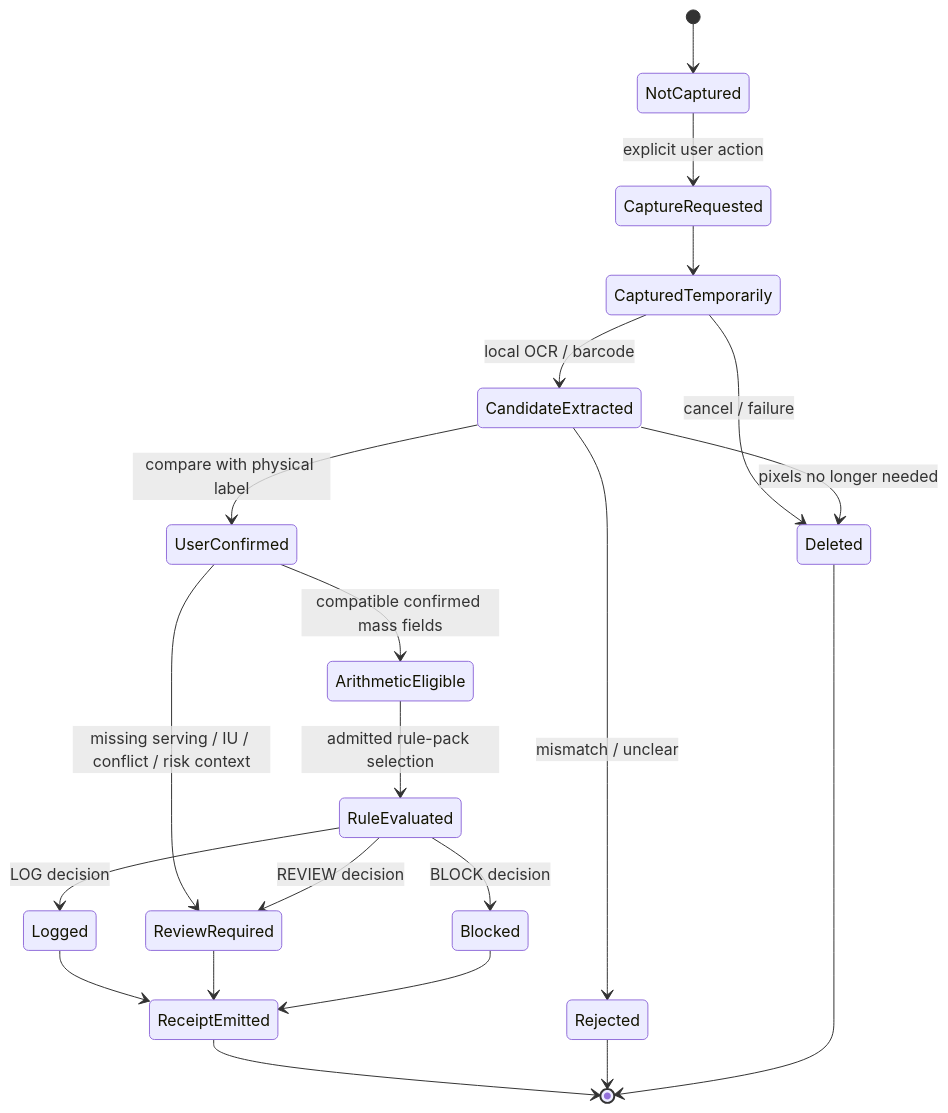
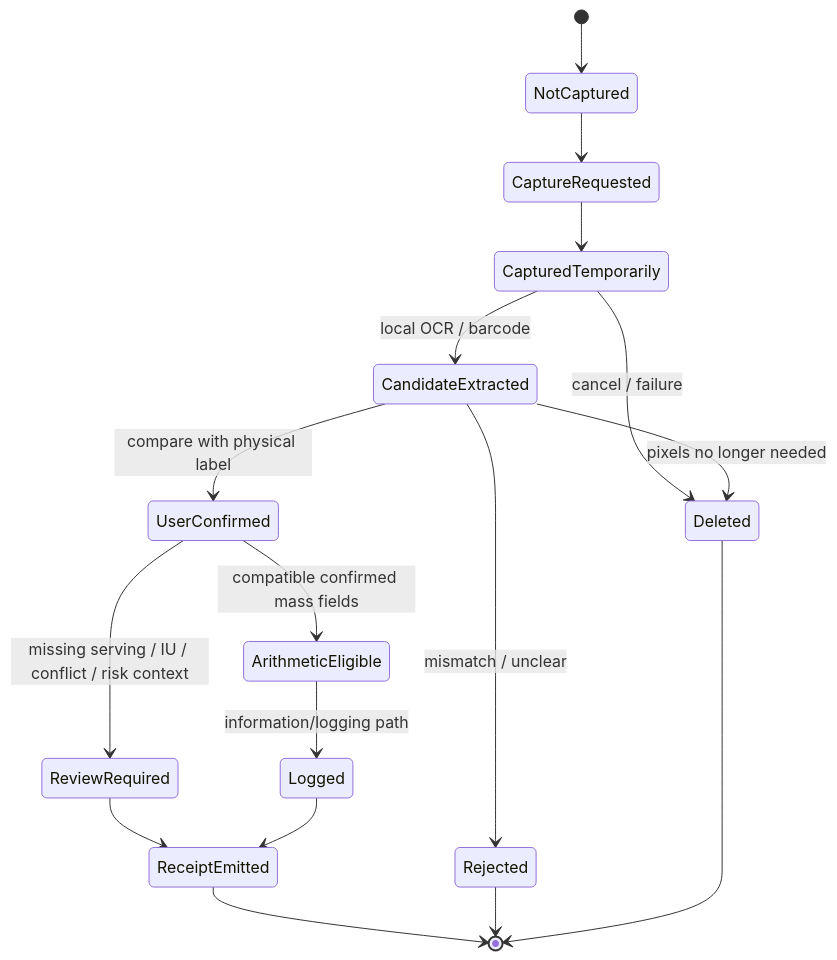
One commit to ed3c/gym-come-true changed the second of 4 diagrams in docs/architecture.md. Above: the diagram before and after it, drawn with Mermaid. The commit also changed other lines of this file, not shown here.

Commit message:
docs: reconcile architecture platform authority

````diff
--- a/docs/architecture.md
+++ b/docs/architecture.md
@@ -165,23 +133,19 @@
 ```mermaid
 stateDiagram-v2
     [*] --> NotCaptured
-    NotCaptured --> CaptureRequested: explicit user action
+    NotCaptured --> CaptureRequested
     CaptureRequested --> CapturedTemporarily
     CapturedTemporarily --> CandidateExtracted: local OCR / barcode
     CapturedTemporarily --> Deleted: cancel / failure
     CandidateExtracted --> Deleted: pixels no longer needed
     CandidateExtracted --> UserConfirmed: compare with physical label
     CandidateExtracted --> Rejected: mismatch / unclear
     UserConfirmed --> ArithmeticEligible: compatible confirmed mass fields
     UserConfirmed --> ReviewRequired: missing serving / IU / conflict / risk context
-    ArithmeticEligible --> RuleEvaluated: admitted rule-pack selection
-    RuleEvaluated --> Logged: LOG decision
-    RuleEvaluated --> ReviewRequired: REVIEW decision
-    RuleEvaluated --> Blocked: BLOCK decision
+    ArithmeticEligible --> Logged: information/logging path
+    ReviewRequired --> ReceiptEmitted
     Logged --> ReceiptEmitted
-    ReviewRequired --> ReceiptEmitted
-    Blocked --> ReceiptEmitted
     ReceiptEmitted --> [*]
     Rejected --> [*]
     Deleted --> [*]
 ```
````
